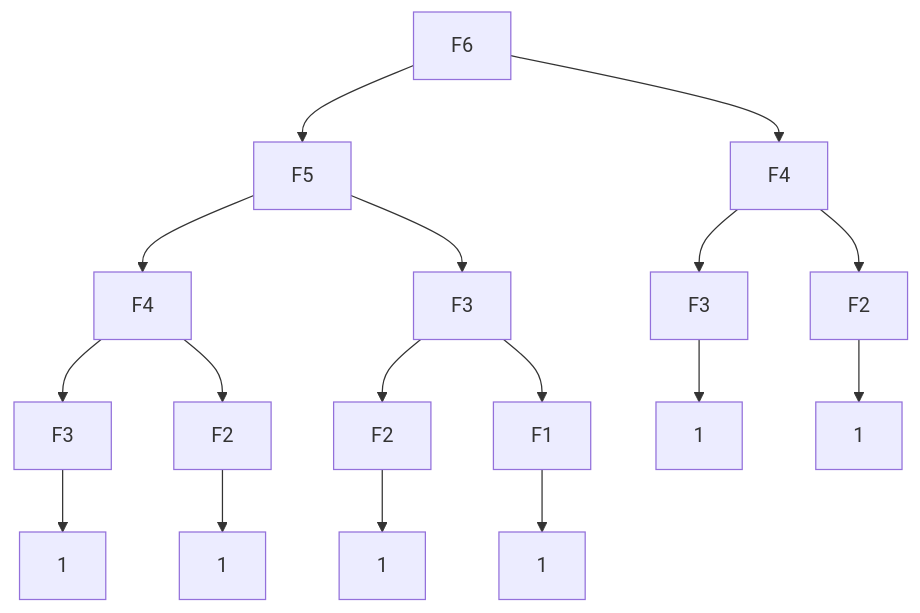
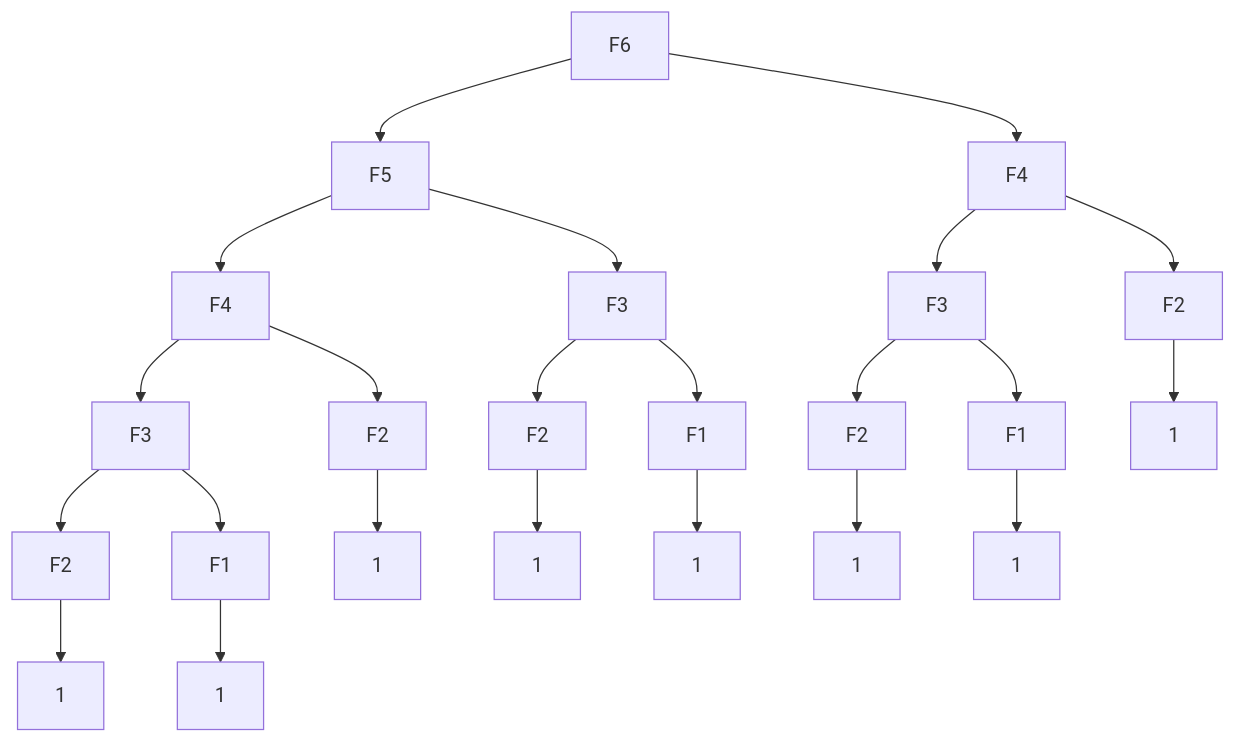
One commit to tsolenthaler/zbwAlgDs changed the diagram in docs/algorithmen/schema.md. Above: the diagram before and after it, drawn with Mermaid.

Commit message:
Update flowchart in algorithm schema documentation to correct Fibonacci sequence representation

````diff
--- a/docs/algorithmen/schema.md
+++ b/docs/algorithmen/schema.md
@@ -116,20 +116,26 @@
 ``` mermaid
 flowchart TD
     1[F6]
     1 --> 2[F5]
     1 --> 3[F4]
     2 --> 4[F4]
     2 --> 5[F3]
     3 --> 6[F3]
     3 --> 7[F2]
     4 --> 8[F3]
     4 --> 9[F2]
     5 --> 10[F2]
     5 --> 11[F1]
-    6 --> 12[1]
+    6 --> 12[F2]
+    6 --> 21[F1]
     7 --> 13[1]
-    8 --> 14[1]
+    8 --> 14[F2]
+    8 --> 18[F1]
     9 --> 15[1]
     10 --> 16[1]
     11 --> 17[1]
+    14 --> 19[1]
+    18 --> 20[1]
+    12 --> 22[1]
+    21 --> 23[1]
 ```
````
